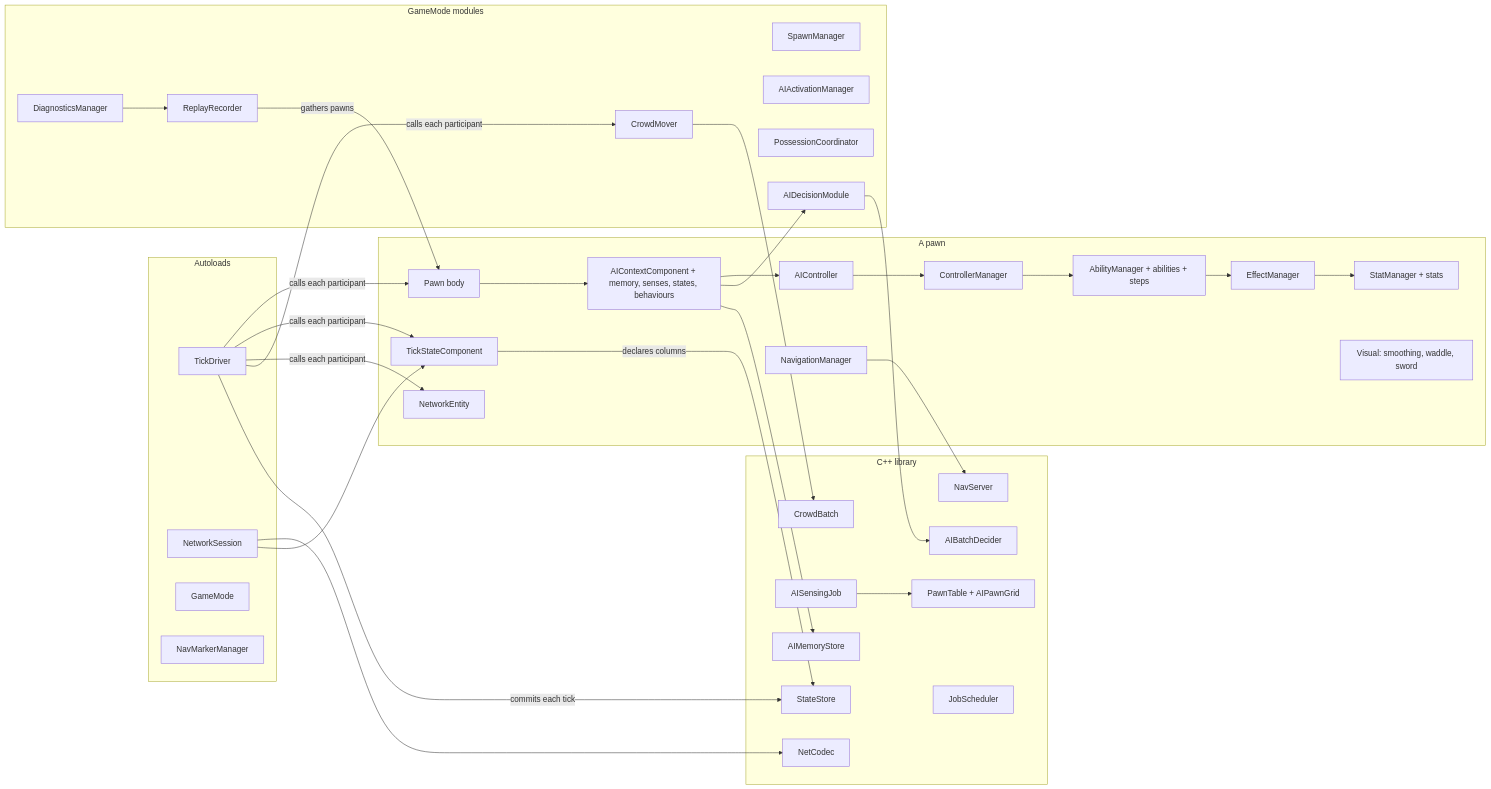
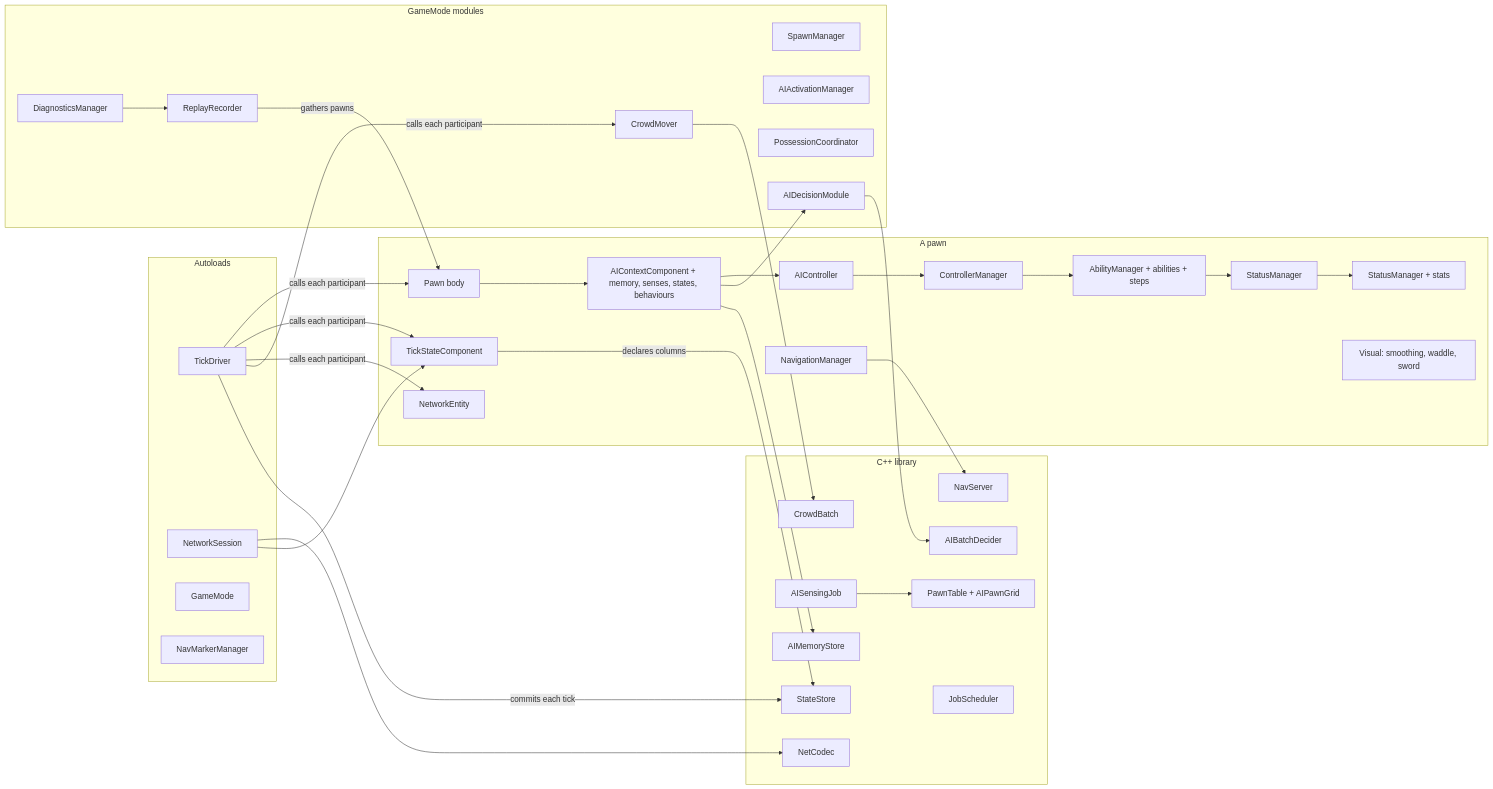
The first of 6 diagrams in docs/ARCHITECTURE.md (6ixpoolgames/ProjectVibe), drawn with Mermaid before and after one commit. The commit also changed 98 other files, not shown here.

````diff
--- a/docs/ARCHITECTURE.md
+++ b/docs/ARCHITECTURE.md
@@ -26,56 +26,56 @@
 ```mermaid
 flowchart LR
   subgraph autoloads[Autoloads]
     TD[TickDriver]
     NS[NetworkSession]
     GM[GameMode]
     NMM[NavMarkerManager]
   end
   subgraph pawn[A pawn]
     P[Pawn body]
     CM[ControllerManager]
     AIC[AIController]
     AM[AbilityManager + abilities + steps]
-    EM[EffectManager]
-    SM[StatManager + stats]
+    EM[StatusManager]
+    SM[StatusManager + stats]
     NAV[NavigationManager]
     AICTX[AIContextComponent + memory, senses, states, behaviours]
     TSC[TickStateComponent]
     NE[NetworkEntity]
     VIS[Visual: smoothing, waddle, sword]
   end
   subgraph modules[GameMode modules]
     SPN[SpawnManager]
     ACT[AIActivationManager]
     POS[PossessionCoordinator]
     CROWD[CrowdMover]
     DEC[AIDecisionModule]
     REC[ReplayRecorder]
     DIAG[DiagnosticsManager]
   end
   subgraph native[C++ library]
     PT[PawnTable + AIPawnGrid]
     MEM[AIMemoryStore]
     BD[AIBatchDecider]
     SENSE[AISensingJob]
     CB[CrowdBatch]
     TSR[StateStore]
     CODEC[NetCodec]
     NAVS[NavServer]
     JS[JobScheduler]
   end
   TD -->|calls each participant| P & TSC & NE & CROWD
   P --> AICTX --> AIC --> CM --> AM
   AM --> EM --> SM
   AICTX --> DEC --> BD
   AICTX --> MEM
   SENSE --> PT
   CROWD --> CB
   TD -->|commits each tick| TSR
   TSC -->|declares columns| TSR
   NS --> CODEC
   NS --> TSC
   NAV --> NAVS
   REC -->|gathers pawns| P
   DIAG --> REC
 ```
````
